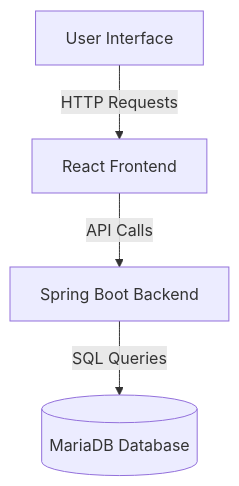
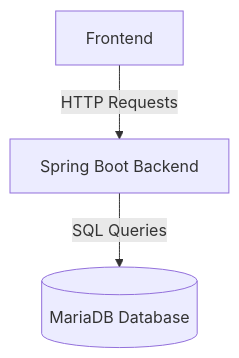
The diagram in diagram/test.md (SamuliLam/BookstoreFront), drawn with Mermaid before and after one commit.

````diff
--- a/diagram/test.md
+++ b/diagram/test.md
@@ -1,6 +1,5 @@
 ```mermaid
 graph TD
-    User[User Interface] -->|HTTP Requests| Frontend[React Frontend]
-    Frontend -->|API Calls| Backend[Spring Boot Backend]
+    Frontend -->|HTTP Requests| Backend[Spring Boot Backend]
     Backend -->|SQL Queries| Database[(MariaDB Database)]
 ```
````
